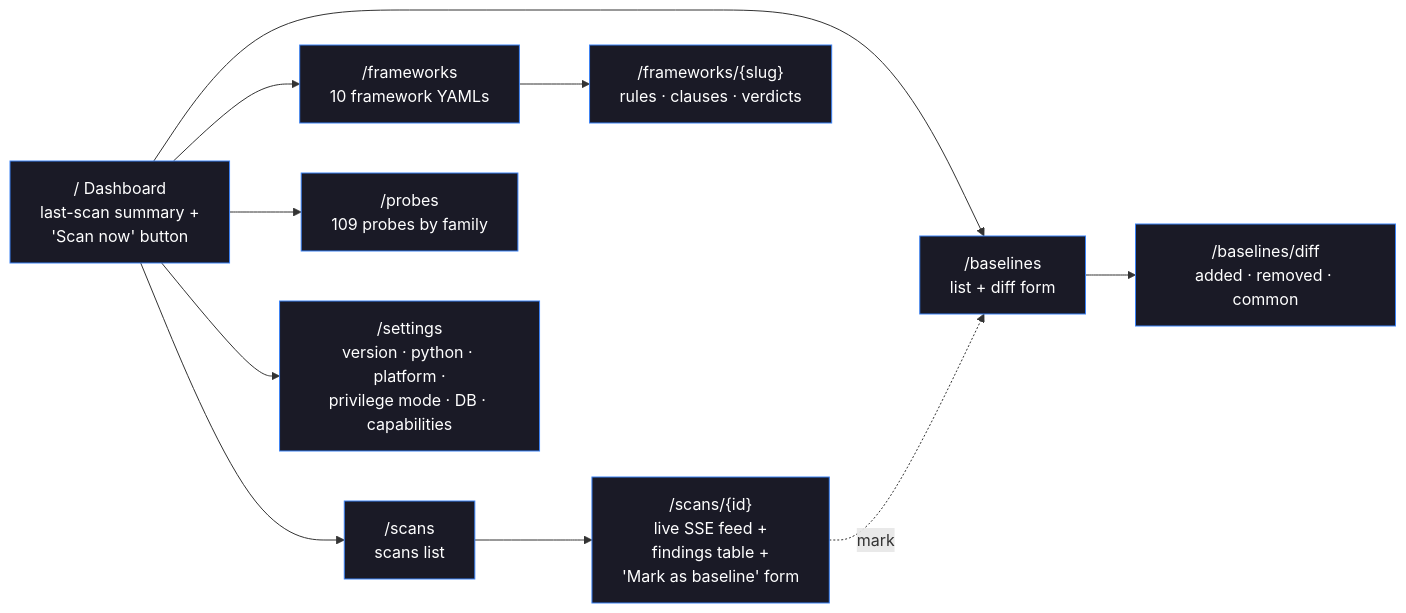
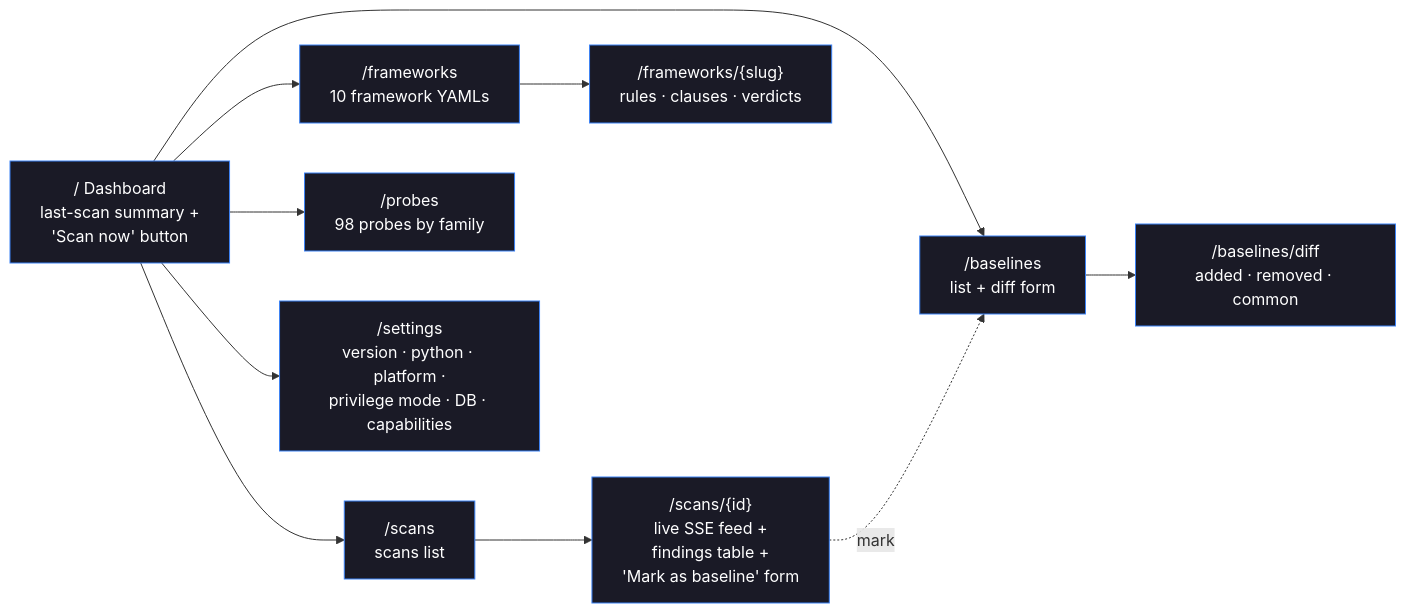
One commit to orengacademy/pqc-scanner2 changed the fourth of 8 diagrams in README.md. Above: the diagram before and after it, drawn with Mermaid. The commit also changed other lines of this file and 2 other files, not shown here.

First line of the commit message:
docs(status): Plan H.1 closeout — 98 probes (CVE/secrets/audit dropped)

````diff
--- a/README.md
+++ b/README.md
@@ -225,22 +225,22 @@
 ```mermaid
 flowchart LR
     HOME["/  Dashboard<br/>last-scan summary +<br/>'Scan now' button"]
     SCANS["/scans<br/>scans list"]
     DETAIL["/scans/{id}<br/>live SSE feed +<br/>findings table +<br/>'Mark as baseline' form"]
     FRAMEWORKS["/frameworks<br/>10 framework YAMLs"]
     FW_DET["/frameworks/{slug}<br/>rules · clauses · verdicts"]
-    PROBES["/probes<br/>109 probes by family"]
+    PROBES["/probes<br/>98 probes by family"]
     BASELINES["/baselines<br/>list + diff form"]
     DIFF["/baselines/diff<br/>added · removed · common"]
     SETTINGS["/settings<br/>version · python · platform ·<br/>privilege mode · DB · capabilities"]
 
     HOME --> SCANS --> DETAIL
     HOME --> FRAMEWORKS --> FW_DET
     HOME --> PROBES
     HOME --> BASELINES --> DIFF
     DETAIL -.mark.-> BASELINES
     HOME --> SETTINGS
 
     classDef page fill:#1a1a26,color:#fff,stroke:#3b82f6
     class HOME,SCANS,DETAIL,FRAMEWORKS,FW_DET,PROBES,BASELINES,DIFF,SETTINGS page
 ```
````
